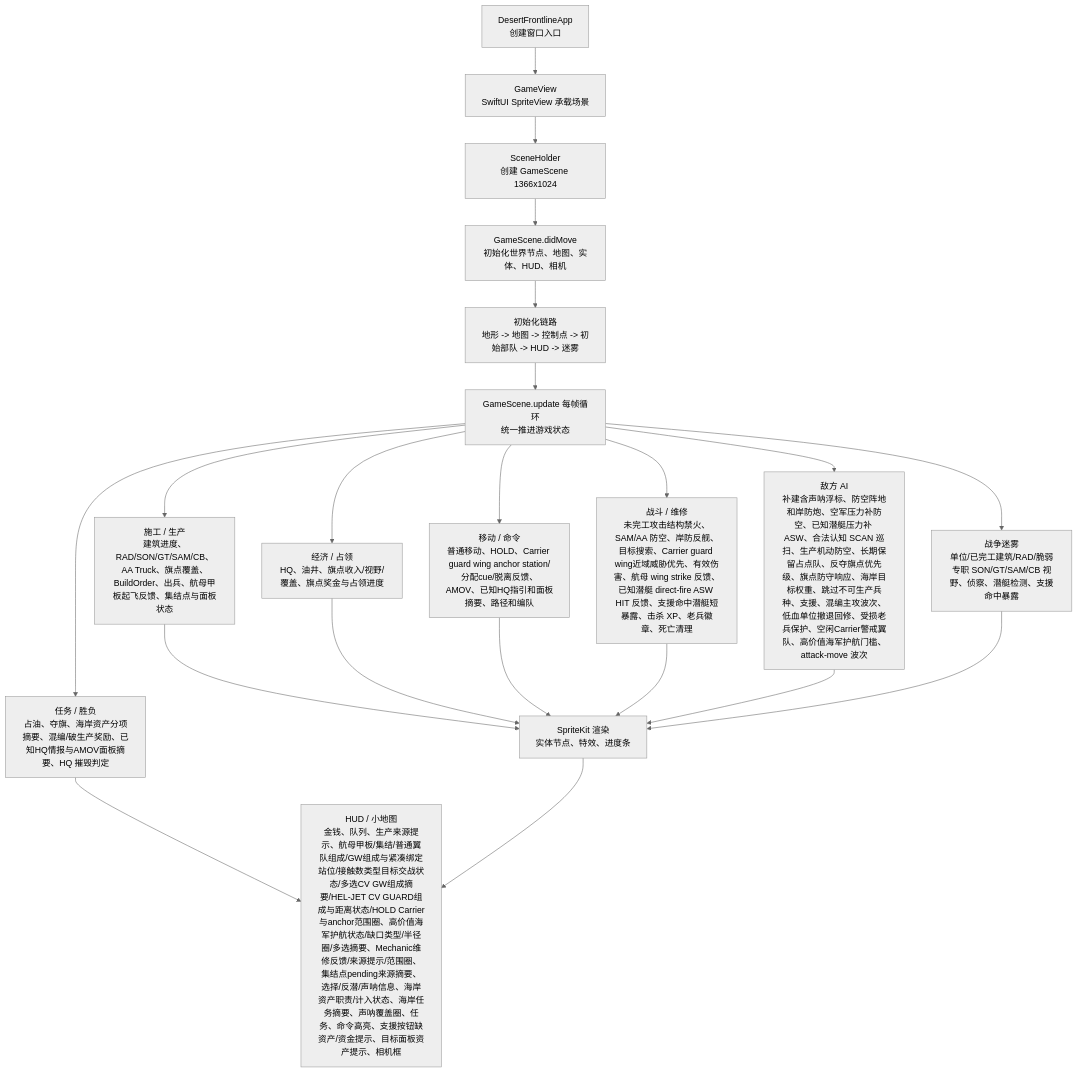
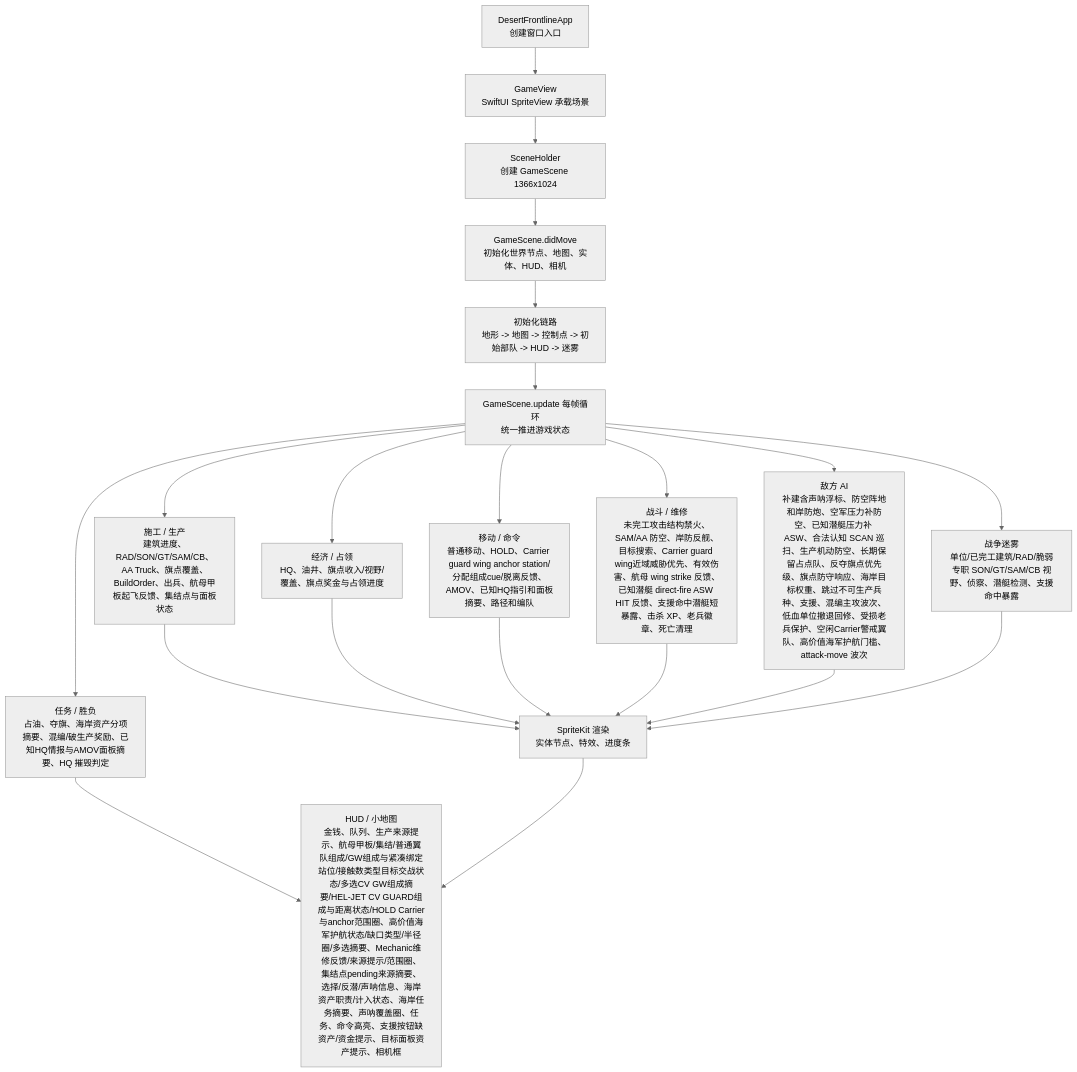
Before and after one commit to Altman-sam114/1145: the first of 3 diagrams in md/flow/flowchart.md, drawn with Mermaid (neutral theme). The commit also changed 4 other files, not shown here.

````diff
--- a/md/flow/flowchart.md
+++ b/md/flow/flowchart.md
@@ -9,23 +9,23 @@
 ```mermaid
 flowchart TD
   App["DesertFrontlineApp\n创建窗口入口"] --> View["GameView\nSwiftUI SpriteView 承载场景"]
   View --> Holder["SceneHolder\n创建 GameScene 1366x1024"]
   Holder --> Scene["GameScene.didMove\n初始化世界节点、地图、实体、HUD、相机"]
   Scene --> Init["初始化链路\n地形 -> 地图 -> 控制点 -> 初始部队 -> HUD -> 迷雾"]
   Init --> Loop["GameScene.update 每帧循环\n统一推进游戏状态"]
   Loop --> Build["施工 / 生产\n建筑进度、RAD/SON/GT/SAM/CB、AA Truck、旗点覆盖、BuildOrder、出兵、航母甲板起飞反馈、集结点与面板状态"]
   Loop --> Economy["经济 / 占领\nHQ、油井、旗点收入/视野/覆盖、旗点奖金与占领进度"]
-  Loop --> Commands["移动 / 命令\n普通移动、HOLD、Carrier guard wing anchor station/分配cue/脱离反馈、AMOV、已知HQ指引和面板摘要、路径和编队"]
+  Loop --> Commands["移动 / 命令\n普通移动、HOLD、Carrier guard wing anchor station/分配组成cue/脱离反馈、AMOV、已知HQ指引和面板摘要、路径和编队"]
   Loop --> Combat["战斗 / 维修\n未完工攻击结构禁火、SAM/AA 防空、岸防反舰、目标搜索、Carrier guard wing近域威胁优先、有效伤害、航母 wing strike 反馈、已知潜艇 direct-fire ASW HIT 反馈、支援命中潜艇短暴露、击杀 XP、老兵徽章、死亡清理"]
   Loop --> AI["敌方 AI\n补建含声呐浮标、防空阵地和岸防炮、空军压力补防空、已知潜艇压力补 ASW、合法认知 SCAN 巡扫、生产机动防空、长期保留占点队、反夺旗点优先级、旗点防守响应、海岸目标权重、跳过不可生产兵种、支援、混编主攻波次、低血单位撤退回修、受损老兵保护、空闲Carrier警戒翼队、高价值海军护航门槛、attack-move 波次"]
   Loop --> Fog["战争迷雾\n单位/已完工建筑/RAD/脆弱专职 SON/GT/SAM/CB 视野、侦察、潜艇检测、支援命中暴露"]
   Loop --> Mission["任务 / 胜负\n占油、夺旗、海岸资产分项摘要、混编/破生产奖励、已知HQ情报与AMOV面板摘要、HQ 摧毁判定"]
   Build --> Render["SpriteKit 渲染\n实体节点、特效、进度条"]
   Economy --> Render
   Commands --> Render
   Combat --> Render
   AI --> Render
   Fog --> Render
   Mission --> HUD["HUD / 小地图\n金钱、队列、生产来源提示、航母甲板/集结/普通翼队组成/GW组成与紧凑绑定站位/接触数类型目标交战状态/多选CV GW组成摘要/HEL-JET CV GUARD组成与距离状态/HOLD Carrier与anchor范围圈、高价值海军护航状态/缺口类型/半径圈/多选摘要、Mechanic维修反馈/来源提示/范围圈、集结点pending来源摘要、选择/反潜/声呐信息、海岸资产职责/计入状态、海岸任务摘要、声呐覆盖圈、任务、命令高亮、支援按钮缺资产/资金提示、目标面板资产提示、相机框"]
   Render --> HUD
 ```
````
